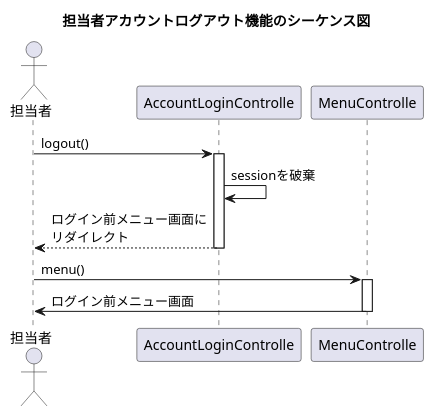
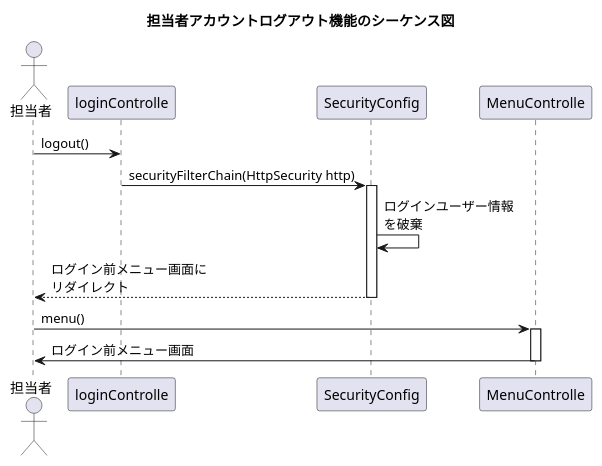
Before and after one commit to kanavii3333/ec-b: the diagram in plan/uml/sequence/uc018.plantuml, drawn with PlantUML. The commit also changed 4 other files, not shown here.

```diff
--- a/plan/uml/sequence/uc018.plantuml
+++ b/plan/uml/sequence/uc018.plantuml
@@ -1,13 +1,15 @@
 @startuml
 
 title 担当者アカウントログアウト機能のシーケンス図
 actor "担当者" as user
-participant "AccountLoginControlle" as controller
+participant "loginControlle" as controller
+participant "SecurityConfig" as config
 participant "MenuControlle" as controller1
-user -> controller++:logout()
-controller -> controller:sessionを破棄
-controller --> user--:ログイン前メニュー画面に\nリダイレクト
+user-> controller:logout()
+controller -> config++:securityFilterChain(HttpSecurity http)
+config -> config:ログインユーザー情報\nを破棄
+config --> user--:ログイン前メニュー画面に\nリダイレクト
 user -> controller1++:menu()
 controller1 -> user--:ログイン前メニュー画面
 
 @enduml
```
